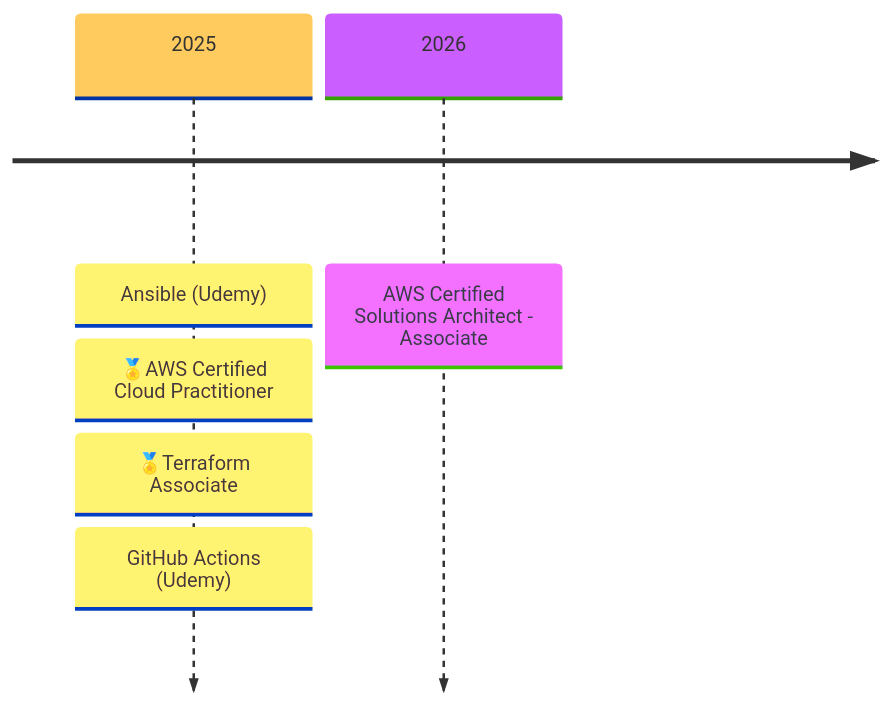
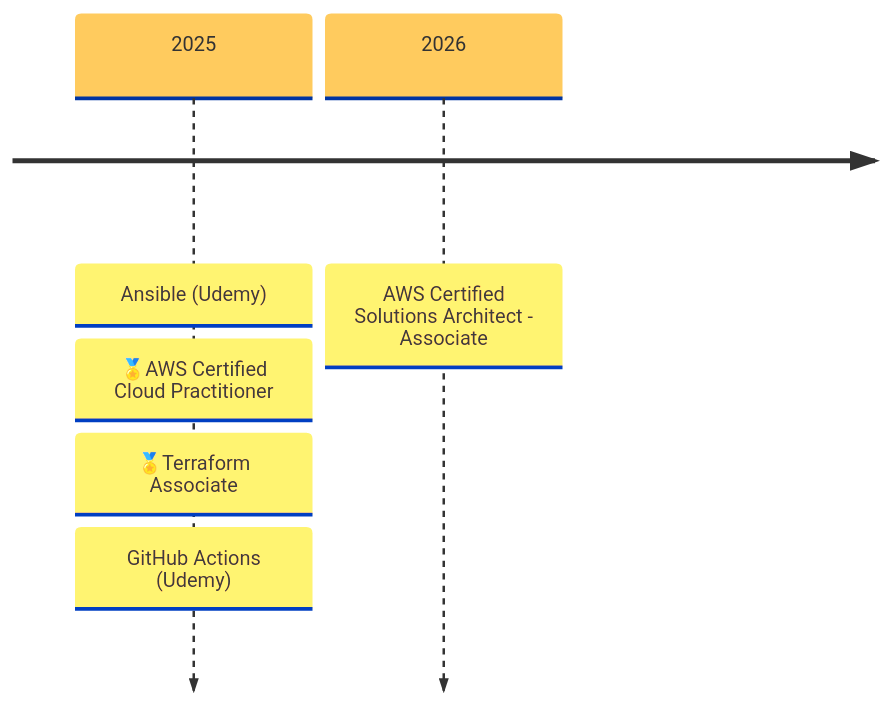
The diagram in content/about.md (rtdevx/rtdevx.github.io), drawn with Mermaid before and after one commit.

Commit message:
Obsidian sync: 2025-12-09 22:25:30

```diff
--- a/content/about.md
+++ b/content/about.md
@@ -61,12 +61,14 @@
 {{< mermaid >}}
 ---
 config:
   theme: 'base'
+  timeline:
+    disableMulticolor: true
 ---
 timeline
     2025 : Ansible (Udemy)
          : 🏅AWS Certified Cloud Practitioner
          : 🏅Terraform Associate
          : GitHub Actions (Udemy)
     2026 : AWS Certified Solutions Architect - Associate
 {{< /mermaid >}}
```
